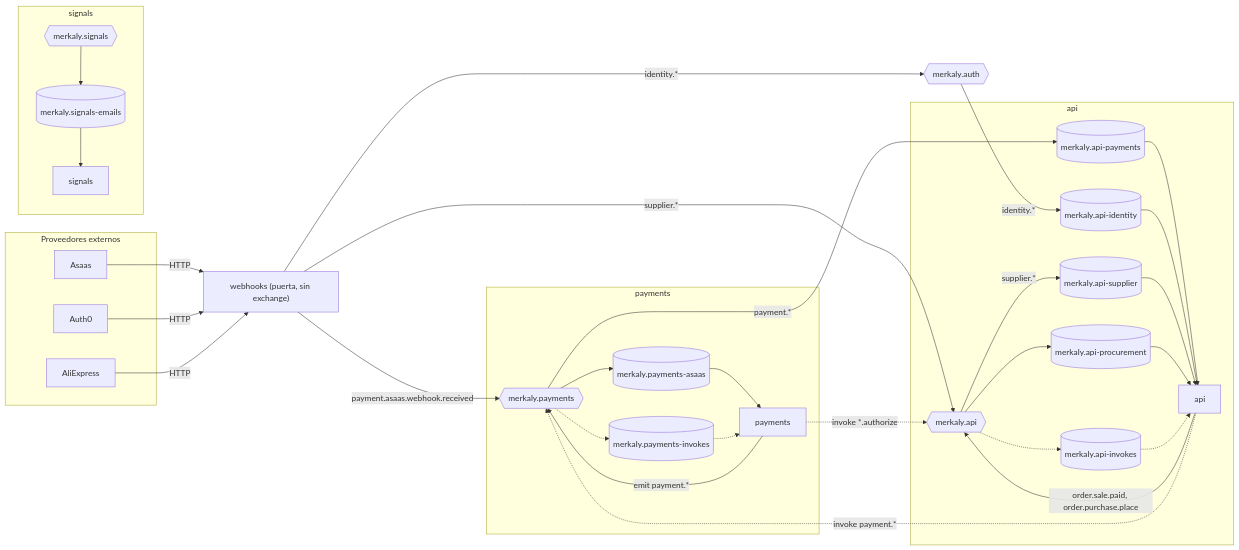
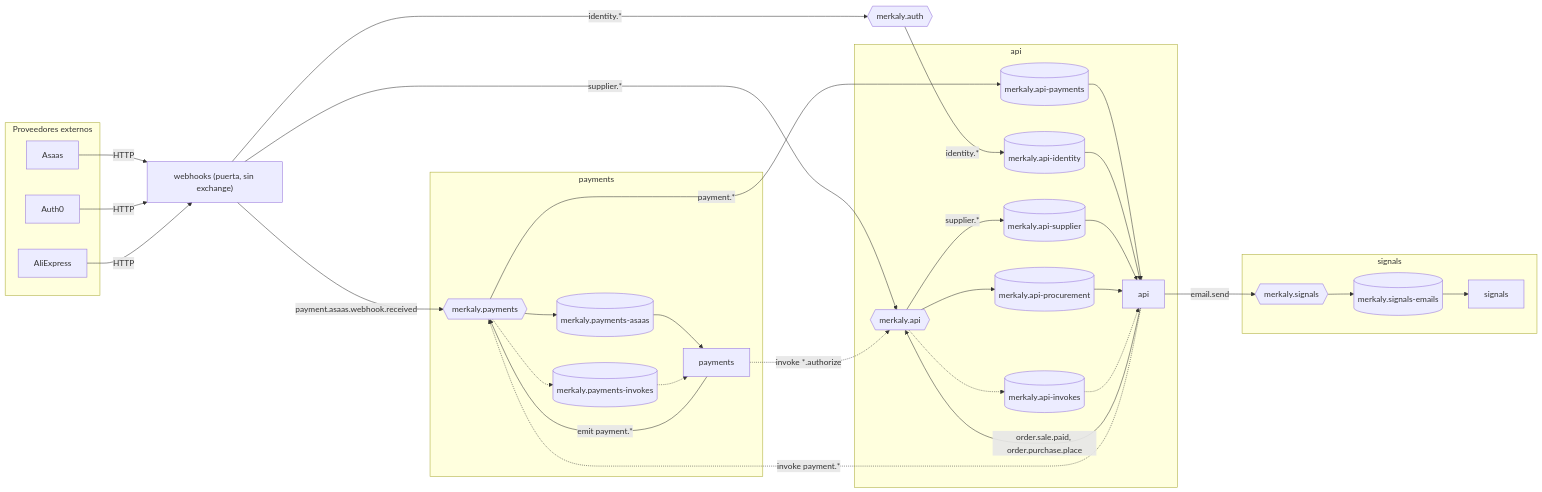
One commit to merkaly-io/docs.merkaly.io changed the diagram in content/7.plataforma/1.servicios.md. Above: the diagram before and after it, drawn with Mermaid. The commit also changed other lines of this file and 4 other files, not shown here.

First line of the commit message:
docs(orders): send the order-created email to the buyer from the checkout (#23)

````diff
--- a/content/7.plataforma/1.servicios.md
+++ b/content/7.plataforma/1.servicios.md
@@ -19,48 +19,49 @@
 ```mermaid
 flowchart LR
   subgraph EXT["Proveedores externos"]
     ASAAS["Asaas"]
     AUTH0["Auth0"]
     AE["AliExpress"]
   end
   WH["webhooks (puerta, sin exchange)"]
   subgraph PAY["payments"]
     XPAY{{"merkaly.payments"}}
     QASAAS[("merkaly.payments-asaas")]
     QPINV[("merkaly.payments-invokes")]
     PSVC["payments"]
   end
   XAUTH{{"merkaly.auth"}}
   subgraph API["api"]
     XAPI{{"merkaly.api"}}
     QPAY[("merkaly.api-payments")]
     QSUP[("merkaly.api-supplier")]
     QID[("merkaly.api-identity")]
     QPROC[("merkaly.api-procurement")]
     QAINV[("merkaly.api-invokes")]
     ASVC["api"]
   end
   subgraph SIG["signals"]
     XSIG{{"merkaly.signals"}}
     QMAIL[("merkaly.signals-emails")]
     SSVC["signals"]
   end
   ASAAS -- HTTP --> WH
   AUTH0 -- HTTP --> WH
   AE -- HTTP --> WH
   WH -- "payment.asaas.webhook.received" --> XPAY
   WH -- "identity.*" --> XAUTH
   WH -- "supplier.*" --> XAPI
   XPAY --> QASAAS --> PSVC
   PSVC -- "emit payment.*" --> XPAY
   XPAY -- "payment.*" --> QPAY --> ASVC
   XAUTH -- "identity.*" --> QID --> ASVC
   XAPI -- "supplier.*" --> QSUP --> ASVC
   ASVC -- "order.sale.paid, order.purchase.place" --> XAPI
   XAPI --> QPROC --> ASVC
+  ASVC -- "email.send" --> XSIG
   ASVC -. "invoke payment.*" .-> XPAY
   XPAY -.-> QPINV -.-> PSVC
   PSVC -. "invoke *.authorize" .-> XAPI
   XAPI -.-> QAINV -.-> ASVC
   XSIG --> QMAIL --> SSVC
 ```
````
